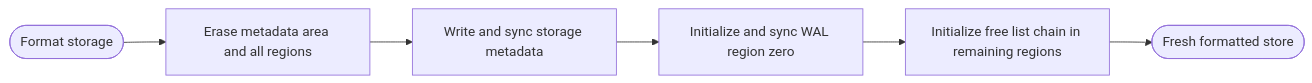
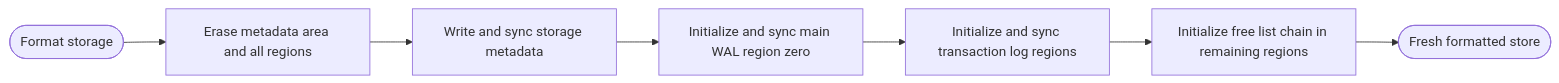
One commit to moore/borromean changed the second of 3 diagrams in spec/ring/08-durability-formatting.md. Above: the diagram before and after it, drawn with Mermaid. The commit also changed other lines of this file and 8 other files, not shown here.

````diff
--- a/spec/ring/08-durability-formatting.md
+++ b/spec/ring/08-durability-formatting.md
@@ -254,12 +296,13 @@
 ```mermaid
 %%{init: {"flowchart": {"wrappingWidth": 180}} }%%
 flowchart LR
     Start([Format storage])
     Erase["`Erase metadata area and all regions`"]
     WriteMeta["`Write and sync storage metadata`"]
-    InitWal["`Initialize and sync WAL region zero`"]
+    InitWal["`Initialize and sync main WAL region zero`"]
+    InitTx["`Initialize and sync transaction log regions`"]
     InitFree["`Initialize free list chain in remaining regions`"]
     Fresh([Fresh formatted store])
 
-    Start --> Erase --> WriteMeta --> InitWal --> InitFree --> Fresh
+    Start --> Erase --> WriteMeta --> InitWal --> InitTx --> InitFree --> Fresh
 ```
````
